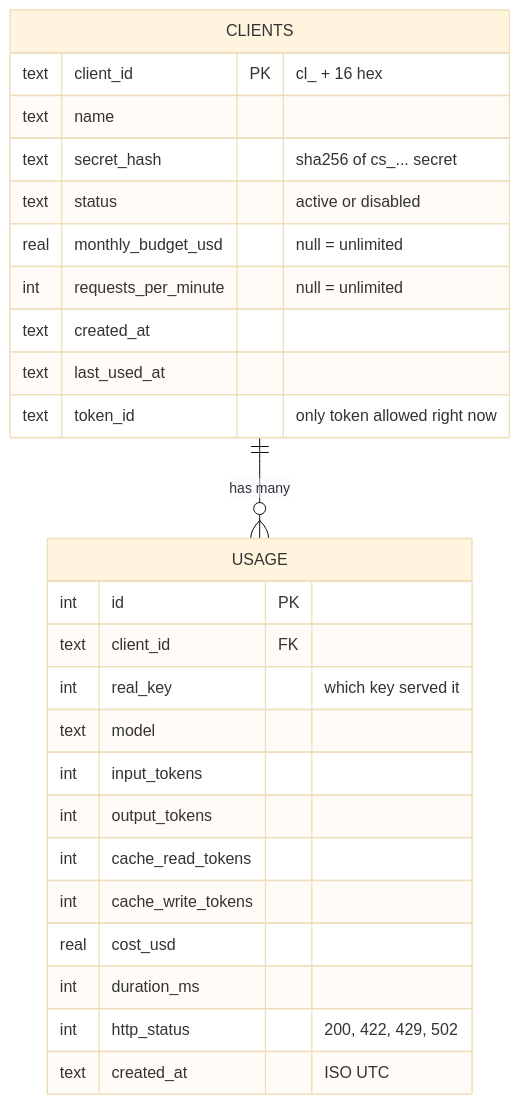
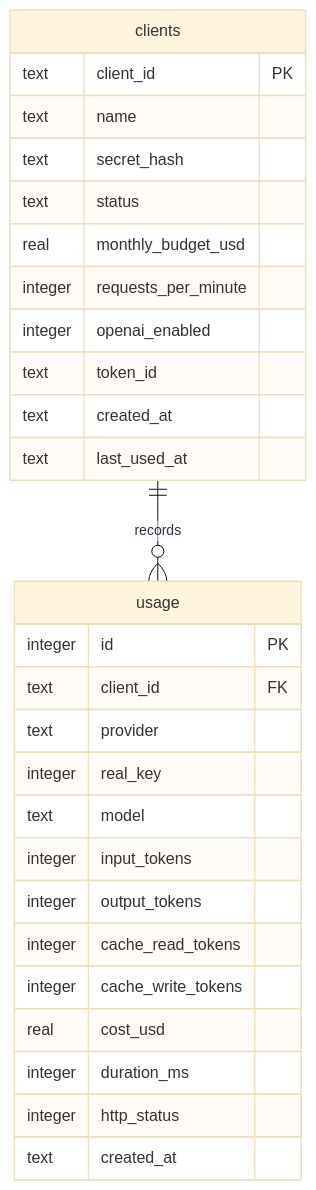
One commit to ParampreetSingh23/claude-wrapper-ai changed the third of 3 diagrams in ARCHITECTURE.md. Above: the diagram before and after it, drawn with Mermaid (base theme). The commit also changed other lines of this file and 15 other files, not shown here.

````diff
--- a/ARCHITECTURE.md
+++ b/ARCHITECTURE.md
@@ -215,29 +77,31 @@
 ```mermaid
 erDiagram
-    CLIENTS ||--o{ USAGE : "has many"
-    CLIENTS {
-        text client_id PK "cl_ + 16 hex"
+    clients ||--o{ usage : records
+    clients {
+        text client_id PK
         text name
-        text secret_hash "sha256 of cs_... secret"
-        text status "active or disabled"
-        real monthly_budget_usd "null = unlimited"
-        int requests_per_minute "null = unlimited"
+        text secret_hash
+        text status
+        real monthly_budget_usd
+        integer requests_per_minute
+        integer openai_enabled
+        text token_id
         text created_at
         text last_used_at
-        text token_id "only token allowed right now"
     }
-    USAGE {
-        int id PK
+    usage {
+        integer id PK
         text client_id FK
-        int real_key "which key served it"
+        text provider
+        integer real_key
         text model
-        int input_tokens
-        int output_tokens
-        int cache_read_tokens
-        int cache_write_tokens
+        integer input_tokens
+        integer output_tokens
+        integer cache_read_tokens
+        integer cache_write_tokens
         real cost_usd
-        int duration_ms
-        int http_status "200, 422, 429, 502"
-        text created_at "ISO UTC"
+        integer duration_ms
+        integer http_status
+        text created_at
     }
 ```
````
